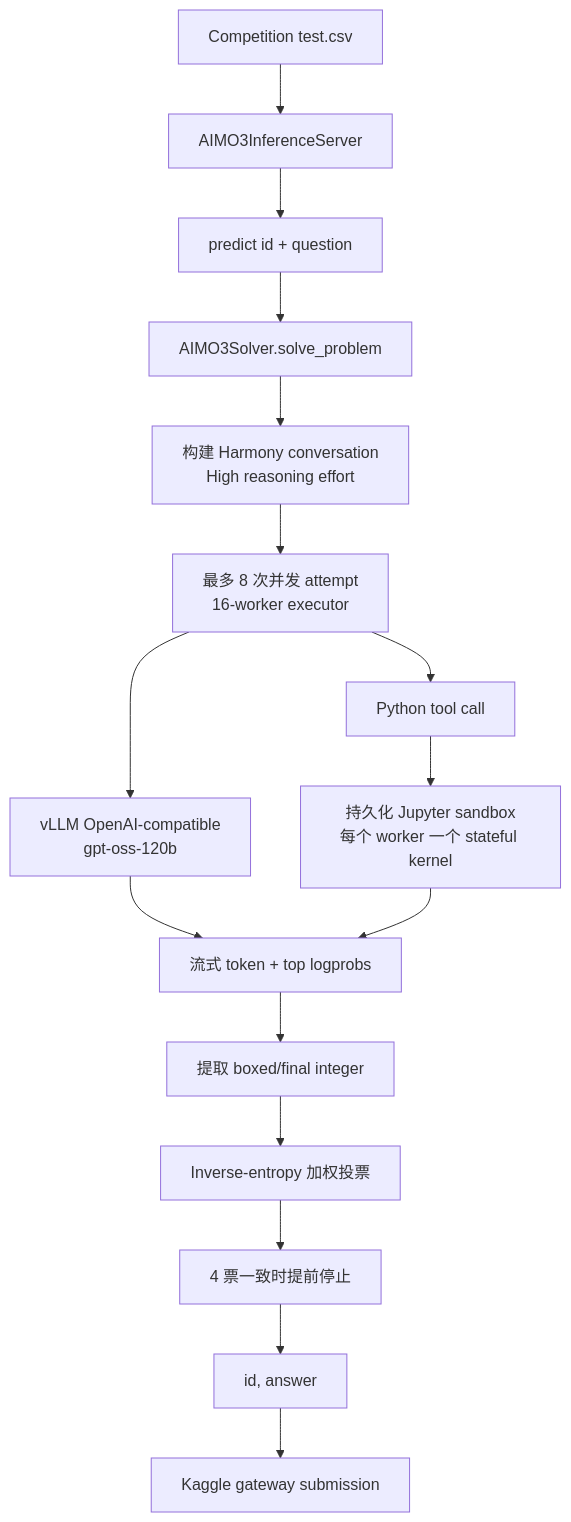
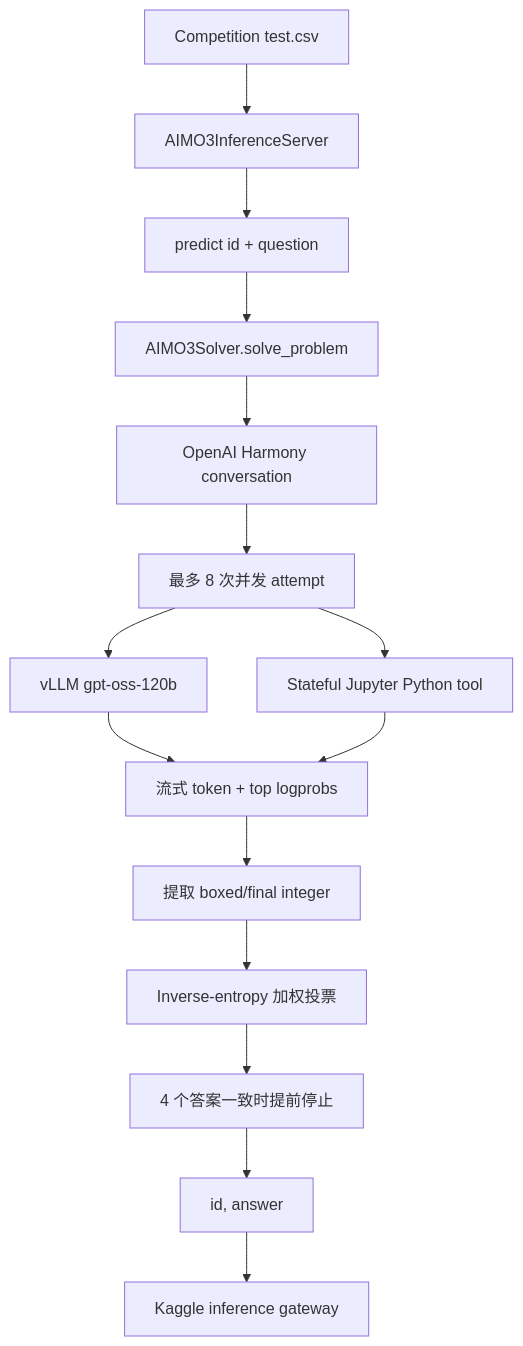
One commit to huajianv587/ai-mathematical-olympiad-progress-prize-3_huajian changed the diagram in README_zh.md. Above: the diagram before and after it, drawn with Mermaid. The commit also changed other lines of this file and 1 other file, not shown here.

````diff
--- a/README_zh.md
+++ b/README_zh.md
@@ -40,18 +37,17 @@
 ```mermaid
 graph TD
     A[Competition test.csv] --> B[AIMO3InferenceServer]
     B --> C[predict id + question]
     C --> D[AIMO3Solver.solve_problem]
-    D --> E[构建 Harmony conversation\nHigh reasoning effort]
-    E --> F[最多 8 次并发 attempt\n16-worker executor]
-    F --> G[vLLM OpenAI-compatible\ngpt-oss-120b]
-    F --> H[Python tool call]
-    H --> I[持久化 Jupyter sandbox\n每个 worker 一个 stateful kernel]
-    G --> J[流式 token + top logprobs]
-    I --> J
-    J --> K[提取 boxed/final integer]
-    K --> L[Inverse-entropy 加权投票]
-    L --> M[4 票一致时提前停止]
-    M --> N[id, answer]
-    N --> O[Kaggle gateway submission]
+    D --> E[OpenAI Harmony conversation]
+    E --> F[最多 8 次并发 attempt]
+    F --> G[vLLM gpt-oss-120b]
+    F --> H[Stateful Jupyter Python tool]
+    G --> I[流式 token + top logprobs]
+    H --> I
+    I --> J[提取 boxed/final integer]
+    J --> K[Inverse-entropy 加权投票]
+    K --> L[4 个答案一致时提前停止]
+    L --> M[id, answer]
+    M --> N[Kaggle inference gateway]
 ```
````
